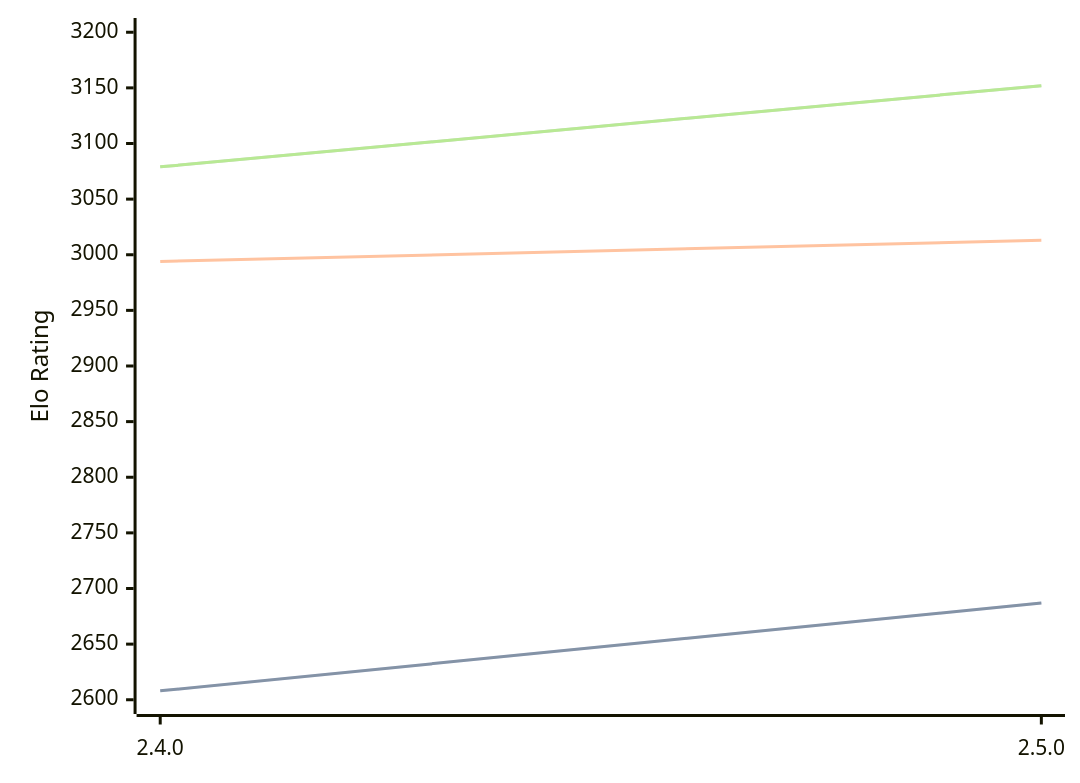
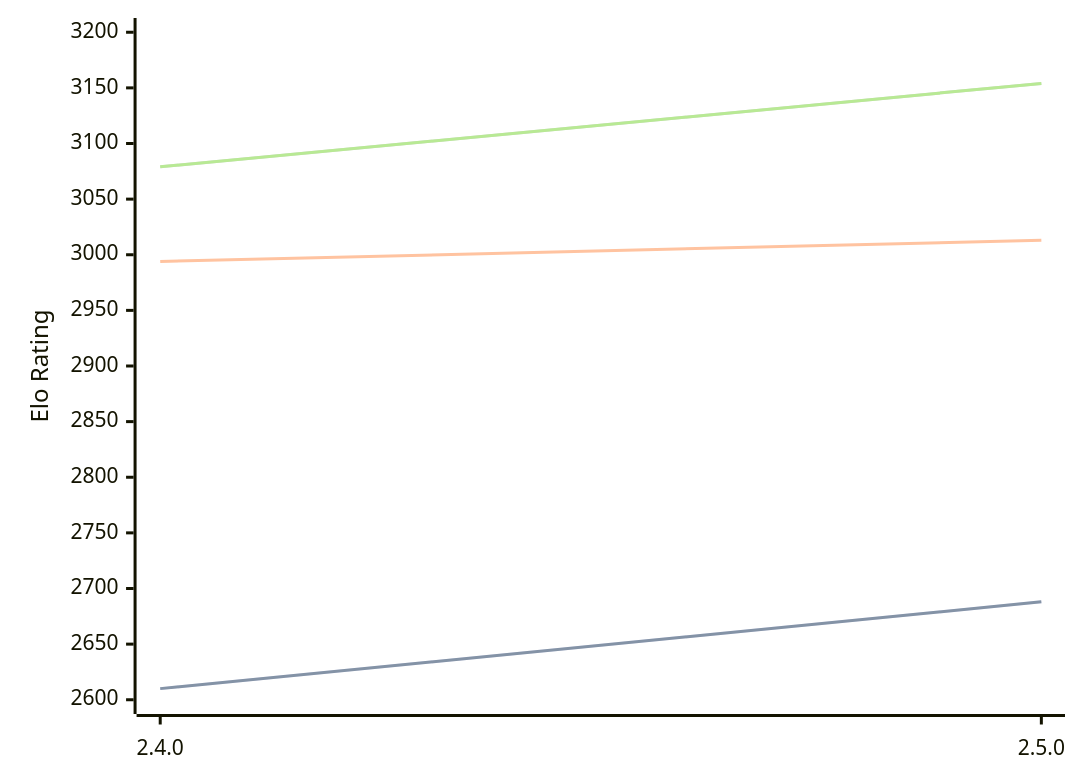
Before and after one commit to computer-chess-index/cci: the diagram in engines/Sturddle2.md, drawn with Mermaid. The commit also changed other lines of this file, not shown here.

Commit message:
Update CCI Ratings (ELO VLTC) - 2026-07-24

````diff
--- a/engines/Sturddle2.md
+++ b/engines/Sturddle2.md
@@ -37,11 +37,11 @@
 ```mermaid
 %%{init: {"theme":"base","themeVariables":{"seriesColors:['#a3a3a3','#222221','#faa371']}}}%%
 xychart-beta
   x-axis ["2.4.0", "2.5.0"]
   y-axis "Elo Rating" 2600 --> 3200
-  line "STC (8.0+0.08s)" [2608, 2687]
-  line "STC (8.0+0.08s)" [2608, 2687]
+  line "STC (8.0+0.08s)" [2610, 2688]
+  line "STC (8.0+0.08s)" [2610, 2688]
   line "LTC (60.0+0.60s)" [2994, 3013]
-  line "VLTC (2m24s+1.12s)" [3079, 3152]
-  line "VLTC (2m24s+1.12s)" [3079, 3152]
+  line "VLTC (2m24s+1.12s)" [3079, 3154]
+  line "VLTC (2m24s+1.12s)" [3079, 3154]
 ```
````
